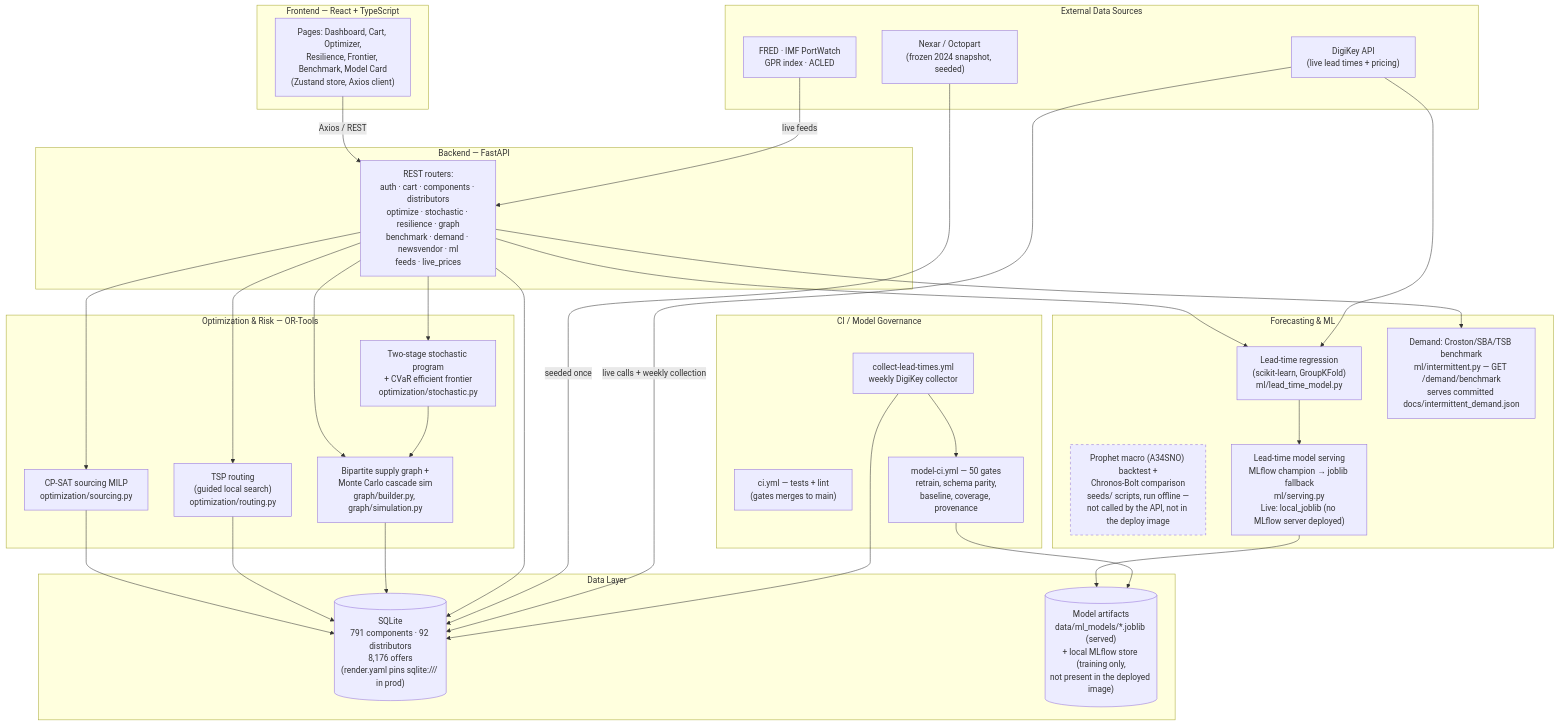
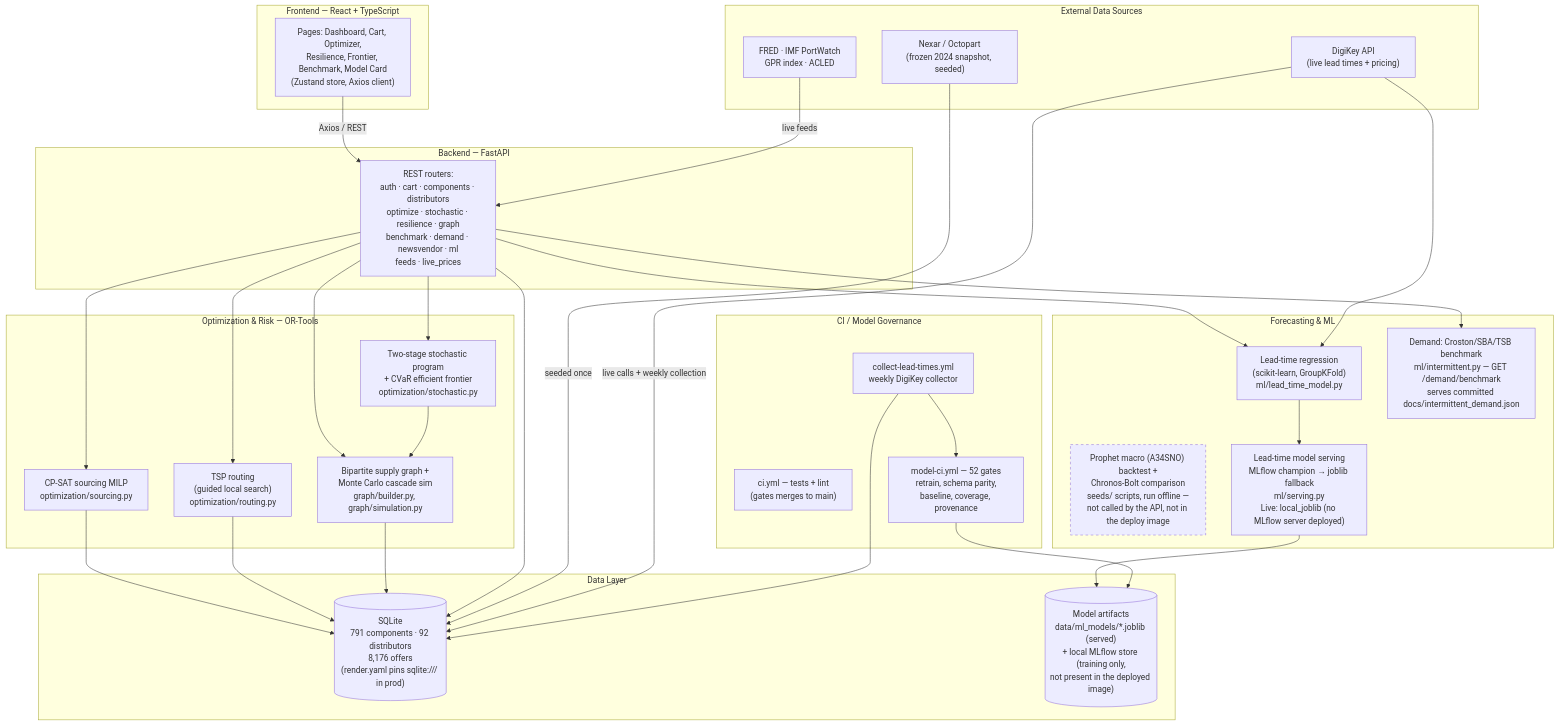
The diagram in README.md (alessiopagliarulo/supply-chain-optimizer), drawn with Mermaid before and after one commit. The commit also changed other lines of this file and 19 other files, not shown here.

````diff
--- a/README.md
+++ b/README.md
@@ -341,66 +347,66 @@
 ```mermaid
 flowchart TB
     subgraph FE["Frontend — React + TypeScript"]
         UI["Pages: Dashboard, Cart, Optimizer,<br/>Resilience, Frontier, Benchmark, Model Card<br/>(Zustand store, Axios client)"]
     end
 
     subgraph BE["Backend — FastAPI"]
         API["REST routers:<br/>auth · cart · components · distributors<br/>optimize · stochastic · resilience · graph<br/>benchmark · demand · newsvendor · ml<br/>feeds · live_prices"]
     end
 
     subgraph OPT["Optimization & Risk — OR-Tools"]
         SOURCING["CP-SAT sourcing MILP<br/>optimization/sourcing.py"]
         ROUTING["TSP routing<br/>(guided local search)<br/>optimization/routing.py"]
         STOCH["Two-stage stochastic program<br/>+ CVaR efficient frontier<br/>optimization/stochastic.py"]
         GRAPHSIM["Bipartite supply graph +<br/>Monte Carlo cascade sim<br/>graph/builder.py, graph/simulation.py"]
     end
 
     subgraph ML["Forecasting & ML"]
         LEADTIME["Lead-time regression<br/>(scikit-learn, GroupKFold)<br/>ml/lead_time_model.py"]
         DEMAND["Demand: Croston/SBA/TSB benchmark<br/>ml/intermittent.py — GET /demand/benchmark<br/>serves committed docs/intermittent_demand.json"]
         OFFLINE["Prophet macro (A34SNO) backtest +<br/>Chronos-Bolt comparison<br/>seeds/ scripts, run offline —<br/>not called by the API, not in the deploy image"]
         SERVING["Lead-time model serving<br/>MLflow champion → joblib fallback<br/>ml/serving.py<br/>Live: local_joblib (no MLflow server deployed)"]
     end
 
     subgraph DATA["Data Layer"]
         DB[("SQLite<br/>791 components · 92 distributors<br/>8,176 offers<br/>(render.yaml pins sqlite:/// in prod)")]
         ARTIFACTS[("Model artifacts<br/>data/ml_models/*.joblib (served)<br/>+ local MLflow store (training only,<br/>not present in the deployed image)")]
     end
 
     subgraph EXT["External Data Sources"]
         NEXAR["Nexar / Octopart<br/>(frozen 2024 snapshot, seeded)"]
         DIGIKEY["DigiKey API<br/>(live lead times + pricing)"]
         MACRO["FRED · IMF PortWatch<br/>GPR index · ACLED"]
     end
 
     subgraph CICD["CI / Model Governance"]
         CI["ci.yml — tests + lint<br/>(gates merges to main)"]
-        MODELCI["model-ci.yml — 50 gates<br/>retrain, schema parity,<br/>baseline, coverage, provenance"]
+        MODELCI["model-ci.yml — 52 gates<br/>retrain, schema parity,<br/>baseline, coverage, provenance"]
         COLLECTOR["collect-lead-times.yml<br/>weekly DigiKey collector"]
     end
 
     UI -->|Axios / REST| API
     API --> SOURCING
     API --> ROUTING
     API --> STOCH
     API --> GRAPHSIM
     API --> LEADTIME
     API --> DEMAND
     STOCH --> GRAPHSIM
     SOURCING --> DB
     ROUTING --> DB
     GRAPHSIM --> DB
     API --> DB
     LEADTIME --> SERVING
     SERVING --> ARTIFACTS
     NEXAR -->|seeded once| DB
     DIGIKEY -->|live calls + weekly collection| DB
     DIGIKEY --> LEADTIME
     MACRO -->|live feeds| API
     COLLECTOR --> DB
     COLLECTOR --> MODELCI
     MODELCI --> ARTIFACTS
 
     classDef offline stroke-dasharray: 5 5;
     class OFFLINE offline;
 ```
````
